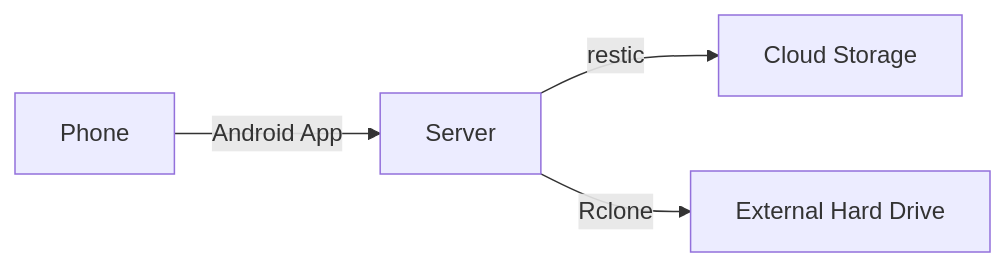
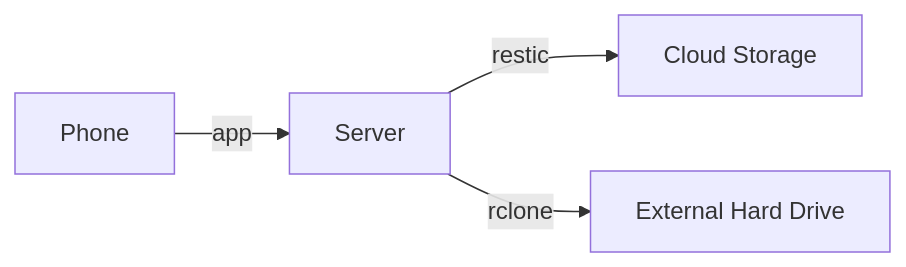
Before and after one commit to amarder/amarder.github.io: the diagram in src/content/post/immich/index.md, drawn with Mermaid. The commit also changed other lines of this file and 1 other file, not shown here.

````diff
--- a/src/content/post/immich/index.md
+++ b/src/content/post/immich/index.md
@@ -27,11 +29,11 @@
 ```mermaid
 graph LR;
     Phone["Phone"];
     Server["Server"];
     CloudStorage["Cloud Storage"];
     ExternalHD["External Hard Drive"];
 
-    Phone -- "Android App" --> Server;
+    Phone -- "app" --> Server;
     Server -- "restic" --> CloudStorage;
-    Server -- "Rclone" --> ExternalHD;
+    Server -- "rclone" --> ExternalHD;
 ```
````
